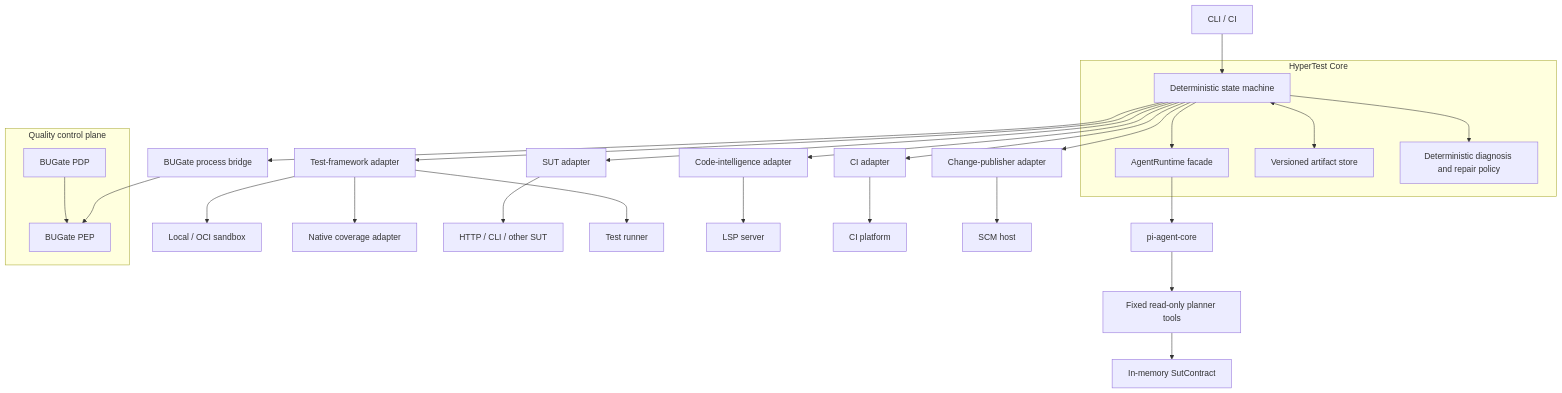
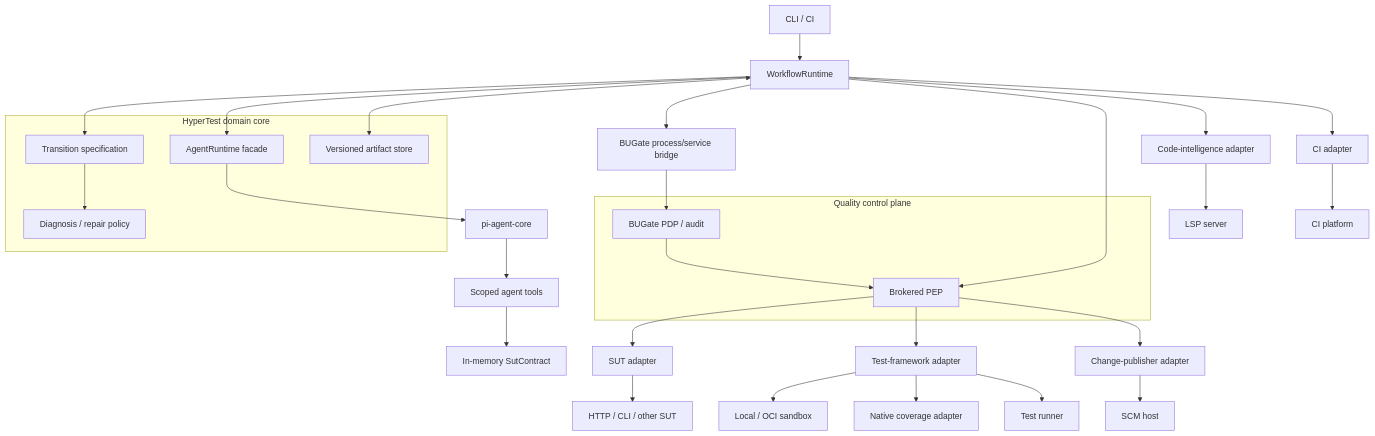
The diagram in docs/architecture.md (ZhangLiangchen/hypertest), drawn with Mermaid before and after one commit. The commit also changed other lines of this file and 2 other files, not shown here.

First line of the commit message:
docs: adopt durable workflow runtime boundary

````diff
--- a/docs/architecture.md
+++ b/docs/architecture.md
@@ -20,40 +31,43 @@
 ```mermaid
 flowchart TB
-  Entry[CLI / CI] --> Core
+  Entry[CLI / CI] --> Flow[WorkflowRuntime]
 
   subgraph Control[Quality control plane]
-    PDP[BUGate PDP]
-    PEP[BUGate PEP]
+    PDP[BUGate PDP / audit]
+    PEP[Brokered PEP]
     PDP --> PEP
   end
 
-  subgraph CoreBox[HyperTest Core]
-    Core[Deterministic state machine]
+  subgraph CoreBox[HyperTest domain core]
+    Spec[Transition specification]
     Runtime[AgentRuntime facade]
     Store[Versioned artifact store]
-    Policy[Deterministic diagnosis and repair policy]
-    Core --> Runtime
-    Core <--> Store
-    Core --> Policy
+    Policy[Diagnosis / repair policy]
+    Spec --> Policy
   end
 
+  Flow --> Spec
+  Flow --> Runtime
+  Flow <--> Store
+  Flow --> Gate[BUGate process/service bridge]
+  Gate --> PDP
+  Flow --> PEP
+
   Runtime --> Pi[pi-agent-core]
-  Pi --> PlannerTools[Fixed read-only planner tools]
+  Pi --> PlannerTools[Scoped agent tools]
   PlannerTools --> Contract[In-memory SutContract]
 
-  Core --> Gate[BUGate process bridge]
-  Gate --> PEP
-  Core --> Sut[SUT adapter]
-  Core --> Test[Test-framework adapter]
-  Core --> Code[Code-intelligence adapter]
-  Core --> CI[CI adapter]
-  Core --> SCM[Change-publisher adapter]
+  PEP --> Sut[SUT adapter]
+  PEP --> Test[Test-framework adapter]
+  PEP --> SCM[Change-publisher adapter]
+  Flow --> Code[Code-intelligence adapter]
+  Flow --> CI[CI adapter]
   Test --> Sandbox[Local / OCI sandbox]
   Test --> Coverage[Native coverage adapter]
 
   Sut --> Target[HTTP / CLI / other SUT]
   Test --> Runner[Test runner]
   Code --> LSP[LSP server]
   CI --> Platform[CI platform]
   SCM --> Host[SCM host]
 ```
````
